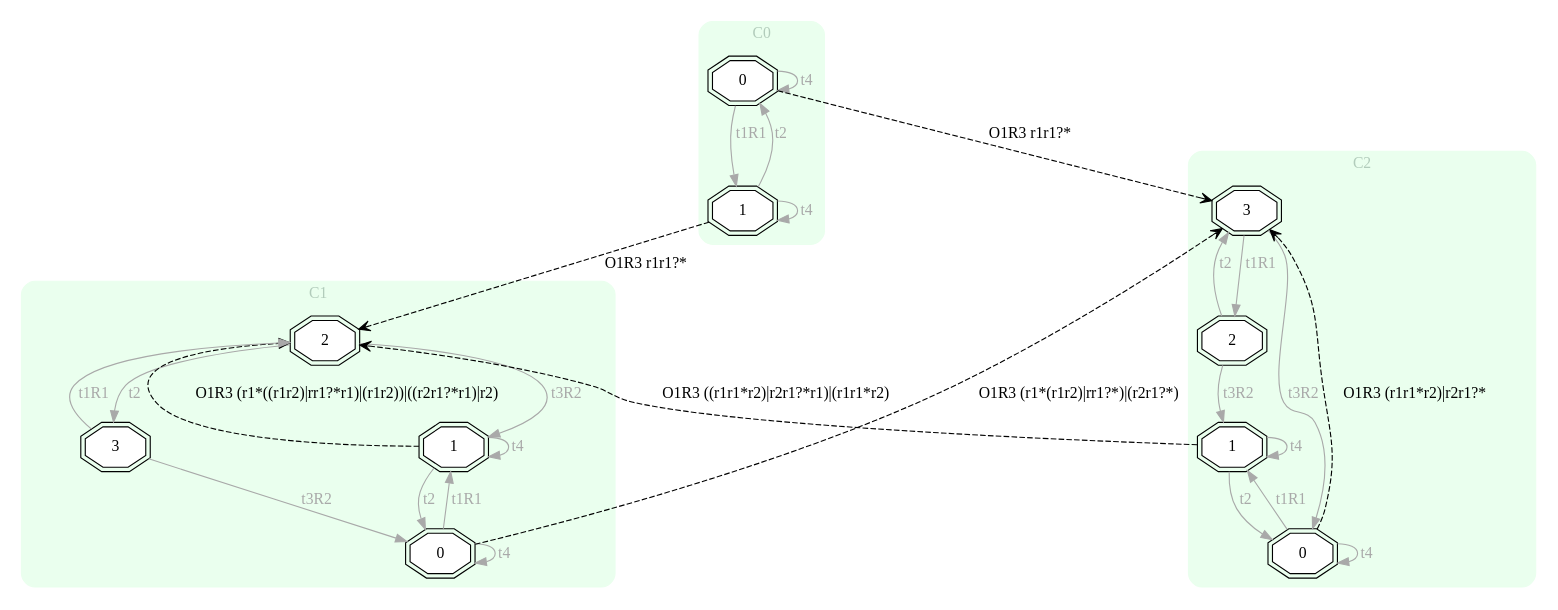
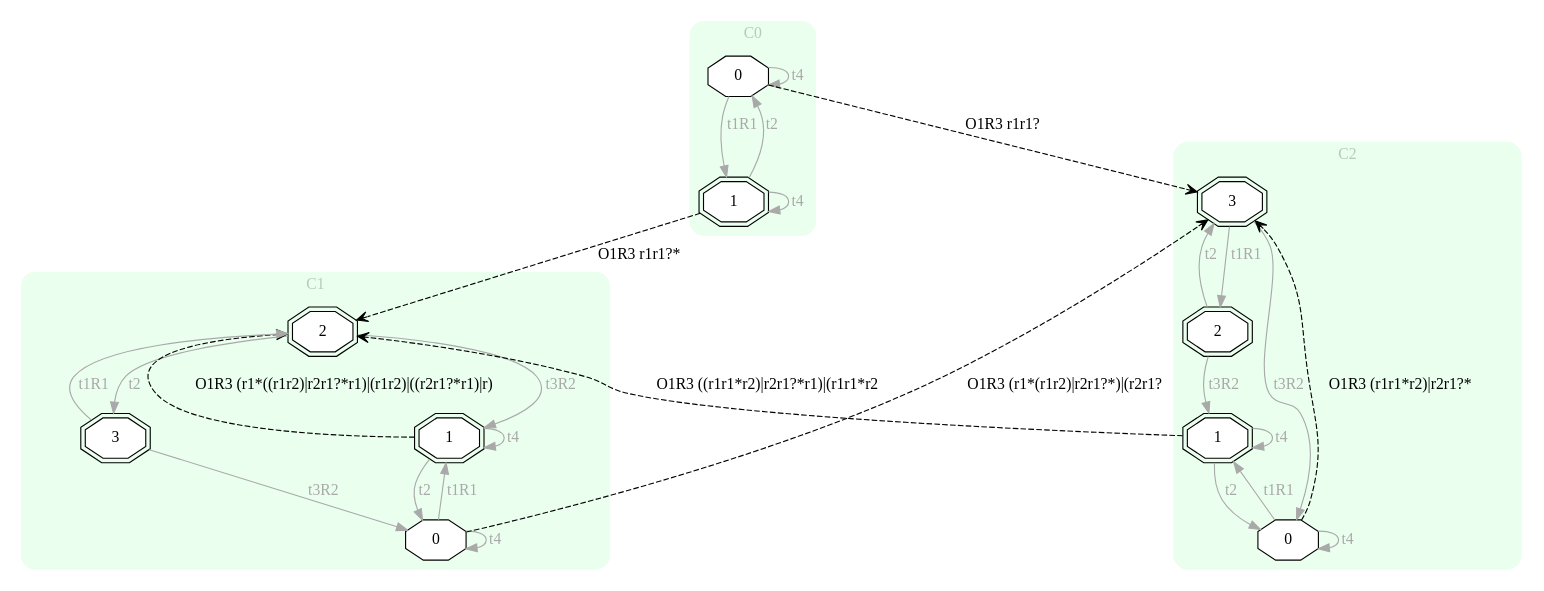
One commit to Stefano-BS/Explanatory-Diagnosis changed the diagram in input/r_EXP.dot. Above: the diagram before and after it, drawn with Graphviz. The commit also changed 69 other files, not shown here.

```diff
--- a/input/r_EXP.dot
+++ b/input/r_EXP.dot
@@ -1,51 +1,51 @@
 digraph "EXPinput/r" {
 node [style=filled fillcolor=white]
 subgraph cluster0 {
 style="rounded,filled" label="C0" fontcolor="#B2CCBB" color="#EAFFEE"
 edge[color=darkgray fontcolor=darkgray]
-node [shape=doubleoctagon]; C0S0 [label=0];
+node [shape=octagon]; C0S0 [label=0];
 node [shape=doubleoctagon]; C0S1 [label=1];
 C0S0 -> C0S1 [label=t1R1]
 C0S0 -> C0S0 [label=t4]
 C0S1 -> C0S0 [label=t2]
 C0S1 -> C0S1 [label=t4]
 }
 subgraph cluster1 {
 style="rounded,filled" label="C1" fontcolor="#B2CCBB" color="#EAFFEE"
 edge[color=darkgray fontcolor=darkgray]
 node [shape=doubleoctagon]; C1S2 [label=2];
 node [shape=doubleoctagon]; C1S1 [label=1];
-node [shape=doubleoctagon]; C1S0 [label=0];
+node [shape=octagon]; C1S0 [label=0];
 node [shape=doubleoctagon]; C1S3 [label=3];
 C1S2 -> C1S3 [label=t2]
 C1S2 -> C1S1 [label=t3R2]
 C1S1 -> C1S0 [label=t2]
 C1S1 -> C1S1 [label=t4]
 C1S0 -> C1S1 [label=t1R1]
 C1S0 -> C1S0 [label=t4]
 C1S3 -> C1S2 [label=t1R1]
 C1S3 -> C1S0 [label=t3R2]
 }
 subgraph cluster2 {
 style="rounded,filled" label="C2" fontcolor="#B2CCBB" color="#EAFFEE"
 edge[color=darkgray fontcolor=darkgray]
 node [shape=doubleoctagon]; C2S3 [label=3];
 node [shape=doubleoctagon]; C2S1 [label=1];
 node [shape=doubleoctagon]; C2S2 [label=2];
-node [shape=doubleoctagon]; C2S0 [label=0];
+node [shape=octagon]; C2S0 [label=0];
 C2S3 -> C2S2 [label=t1R1]
 C2S3 -> C2S0 [label=t3R2]
 C2S1 -> C2S0 [label=t2]
 C2S1 -> C2S1 [label=t4]
 C2S2 -> C2S3 [label=t2]
 C2S2 -> C2S1 [label=t3R2]
 C2S0 -> C2S1 [label=t1R1]
 C2S0 -> C2S0 [label=t4]
 }
-C0S0 -> C2S3 [style=dashed arrowhead=vee label="O1R3 r1r1?*"]
+C0S0 -> C2S3 [style=dashed arrowhead=vee label="O1R3 r1r1?"]
 C0S1 -> C1S2 [style=dashed arrowhead=vee label="O1R3 r1r1?*"]
-C1S1 -> C1S2 [style=dashed arrowhead=vee label="O1R3 (r1*((r1r2)|rr1?*r1)|(r1r2))|((r2r1?*r1)|r2)"]
-C1S0 -> C2S3 [style=dashed arrowhead=vee label="O1R3 (r1*(r1r2)|rr1?*)|(r2r1?*)"]
+C1S1 -> C1S2 [style=dashed arrowhead=vee label="O1R3 (r1*((r1r2)|r2r1?*r1)|(r1r2)|((r2r1?*r1)|r)"]
+C1S0 -> C2S3 [style=dashed arrowhead=vee label="O1R3 (r1*(r1r2)|r2r1?*)|(r2r1?"]
 C2S0 -> C2S3 [style=dashed arrowhead=vee label="O1R3 (r1r1*r2)|r2r1?*"]
-C2S1 -> C1S2 [style=dashed arrowhead=vee label="O1R3 ((r1r1*r2)|r2r1?*r1)|(r1r1*r2)"]
+C2S1 -> C1S2 [style=dashed arrowhead=vee label="O1R3 ((r1r1*r2)|r2r1?*r1)|(r1r1*r2"]
 }
```
